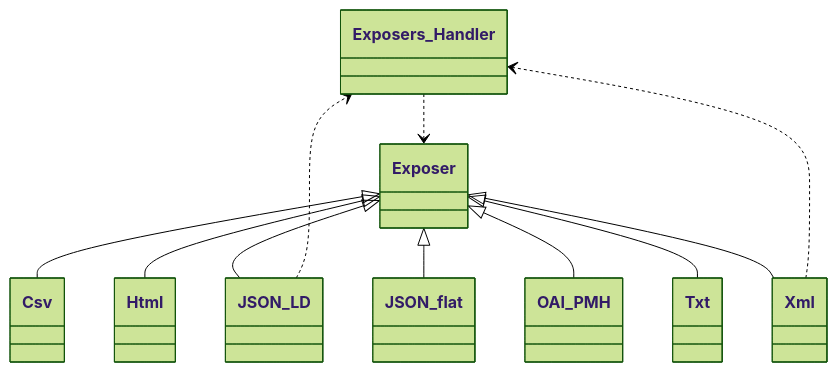
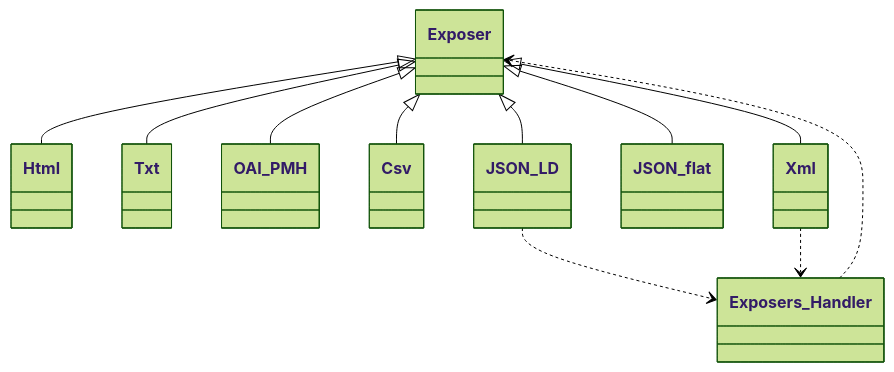
Before and after one commit to tainacan/tainacan: the sixth of 13 diagrams in docs/phpdoc/Home.md, drawn with Mermaid (forest theme). The commit also changed other lines of this file and 112 other files, not shown here.

````diff
--- a/docs/phpdoc/Home.md
+++ b/docs/phpdoc/Home.md
@@ -455,23 +455,23 @@
 ```mermaid
 classDiagram
     direction TB
+    class Exposer { }
+    class Html { }
+    class Exposers_Handler { }
     class Txt { }
-    class Exposers_Handler { }
+    class OAI_PMH { }
     class Csv { }
-    class OAI_PMH { }
-    class Html { }
+    class JSON_LD { }
     class JSON_flat { }
     class Xml { }
-    class JSON_LD { }
-    class Exposer { }
     Exposer <|-- Csv
     Exposer <|-- Html
     Exposer <|-- JSON_LD
     Exposer <|-- JSON_flat
     Exposer <|-- OAI_PMH
     Exposer <|-- Txt
     Exposer <|-- Xml
     Exposers_Handler ..> Exposer
     JSON_LD ..> Exposers_Handler
     Xml ..> Exposers_Handler
 ```
````
